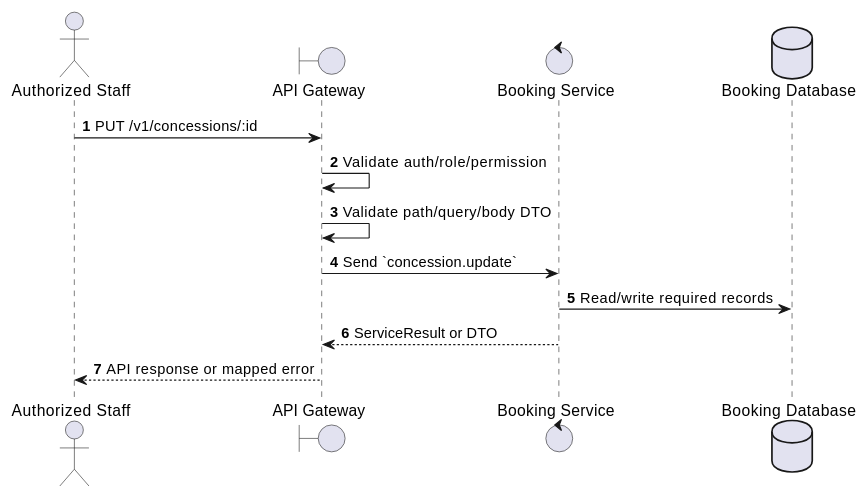
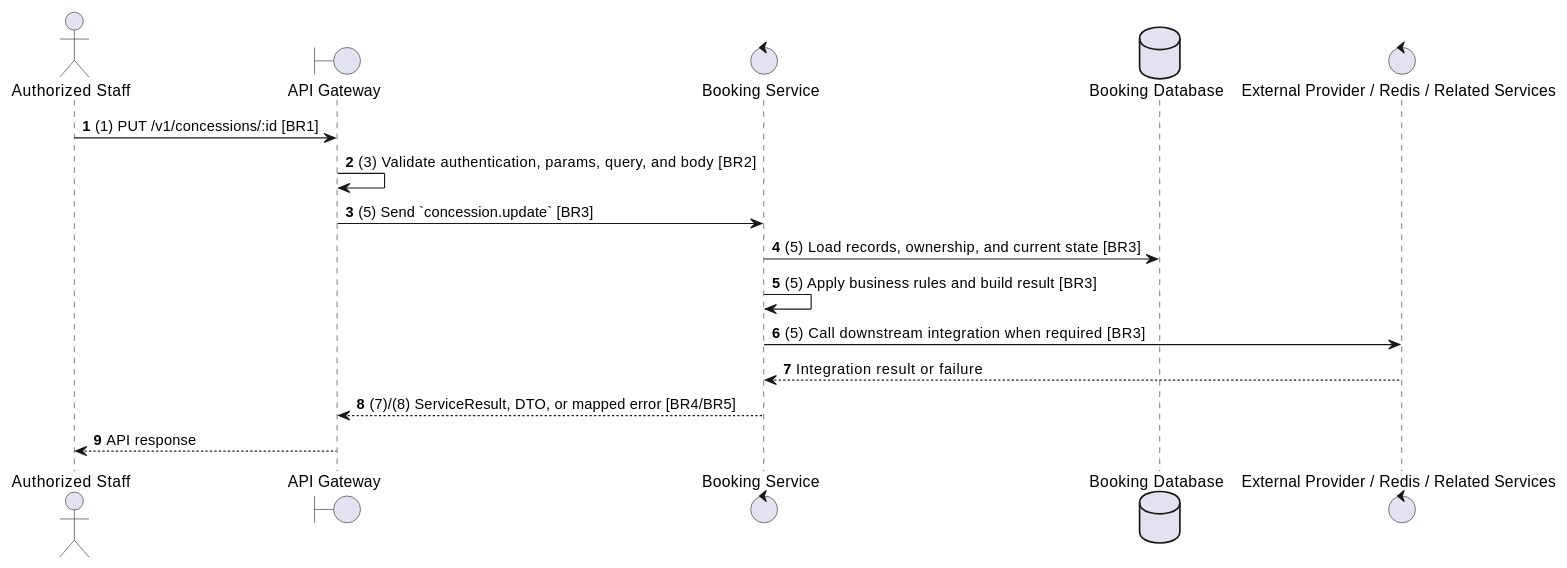
One commit to Tanh1603/movie-hub-architecture changed the second of 2 diagrams in docs/functional_specs/3.9_Concessions_FB_Module/CS-04_Update_Concession.md. Above: the diagram before and after it, drawn with PlantUML. The commit also changed other lines of this file and 129 other files, not shown here.

````diff
--- a/docs/functional_specs/3.9_Concessions_FB_Module/CS-04_Update_Concession.md
+++ b/docs/functional_specs/3.9_Concessions_FB_Module/CS-04_Update_Concession.md
@@ -17,17 +64,20 @@
 ```plantuml
 @startuml
 autonumber
 actor "Authorized Staff" as Actor
 boundary "API Gateway" as GW
 control "Booking Service" as SVC
 database "Booking Database" as DB
+control "External Provider / Redis / Related Services" as EXT
 
-Actor -> GW: PUT /v1/concessions/:id
-GW -> GW: Validate auth/role/permission
-GW -> GW: Validate path/query/body DTO
-GW -> SVC: Send `concession.update`
-SVC -> DB: Read/write required records
-SVC --> GW: ServiceResult or DTO
-GW --> Actor: API response or mapped error
+Actor -> GW: (1) PUT /v1/concessions/:id [BR1]
+GW -> GW: (3) Validate authentication, params, query, and body [BR2]
+GW -> SVC: (5) Send `concession.update` [BR3]
+SVC -> DB: (5) Load records, ownership, and current state [BR3]
+SVC -> SVC: (5) Apply business rules and build result [BR3]
+SVC -> EXT: (5) Call downstream integration when required [BR3]
+EXT --> SVC: Integration result or failure
+SVC --> GW: (7)/(8) ServiceResult, DTO, or mapped error [BR4/BR5]
+GW --> Actor: API response
 @enduml
 ```
````
